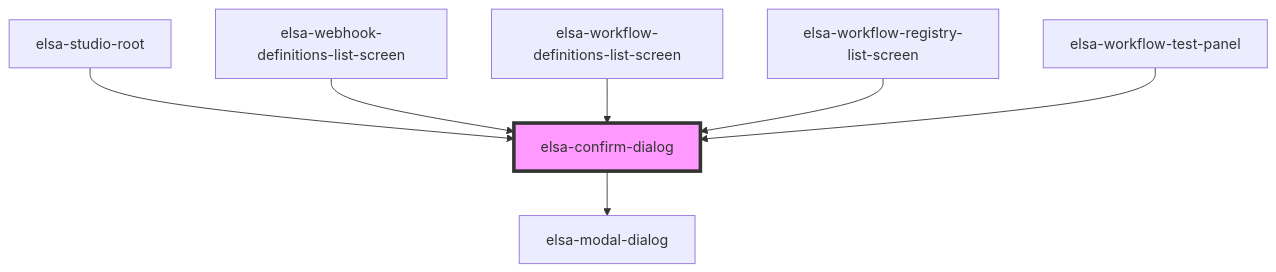
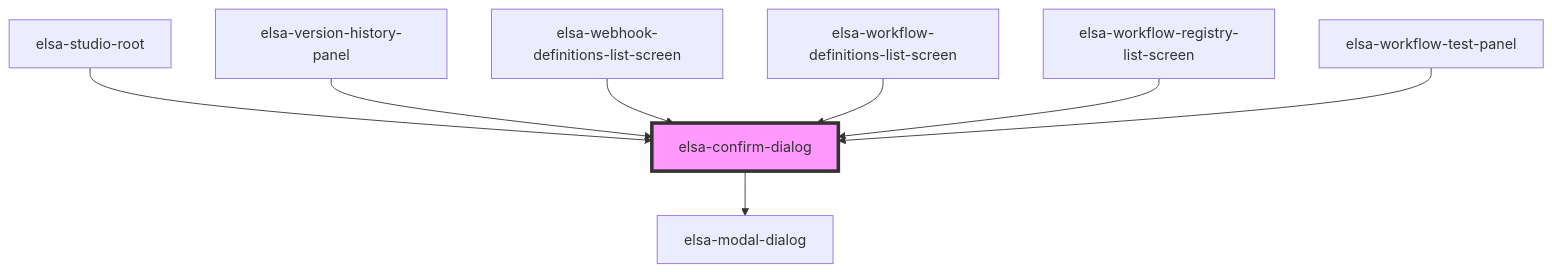
Before and after one commit to elsa-workflows/elsa-core: the diagram in src/designer/elsa-workflows-studio/src/components/shared/elsa-confirm-dialog/readme.md, drawn with Mermaid. The commit also changed other lines of this file and 6 other files, not shown here.

````diff
--- a/src/designer/elsa-workflows-studio/src/components/shared/elsa-confirm-dialog/readme.md
+++ b/src/designer/elsa-workflows-studio/src/components/shared/elsa-confirm-dialog/readme.md
@@ -53,10 +54,11 @@
 ```mermaid
 graph TD;
   elsa-confirm-dialog --> elsa-modal-dialog
   elsa-studio-root --> elsa-confirm-dialog
+  elsa-version-history-panel --> elsa-confirm-dialog
   elsa-webhook-definitions-list-screen --> elsa-confirm-dialog
   elsa-workflow-definitions-list-screen --> elsa-confirm-dialog
   elsa-workflow-registry-list-screen --> elsa-confirm-dialog
   elsa-workflow-test-panel --> elsa-confirm-dialog
   style elsa-confirm-dialog fill:#f9f,stroke:#333,stroke-width:4px
 ```
````
